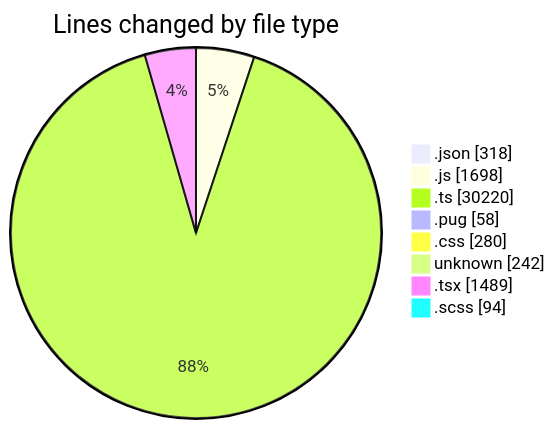
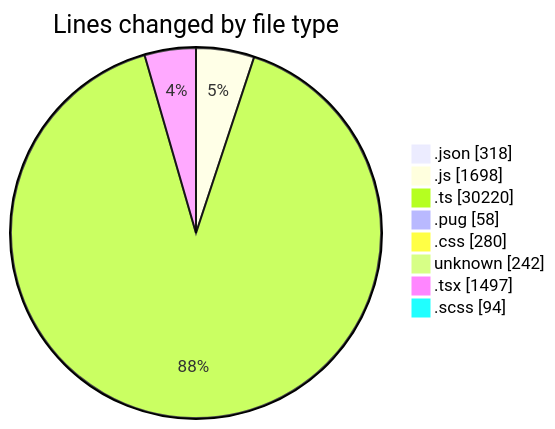
The first of 2 diagrams in 2026-06-02/cda/README.md (momahboobian/code-tracking), drawn with Mermaid before and after one commit. The commit also changed other lines of this file and 1 other file, not shown here.

````diff
--- a/2026-06-02/cda/README.md
+++ b/2026-06-02/cda/README.md
@@ -64,12 +64,12 @@
 ```mermaid
 pie showData
 title Lines changed by file type
 ".json" : 318
 ".js" : 1698
 ".ts" : 30220
 ".pug" : 58
 ".css" : 280
 "unknown" : 242
-".tsx" : 1489
+".tsx" : 1497
 ".scss" : 94
 ```
````
